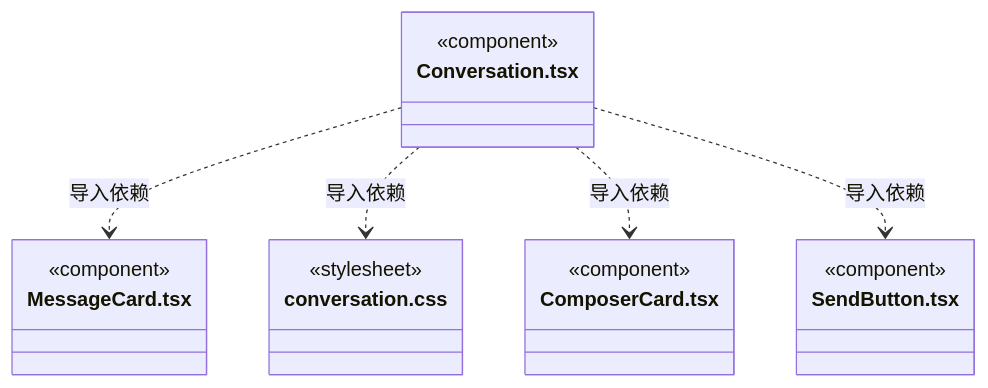
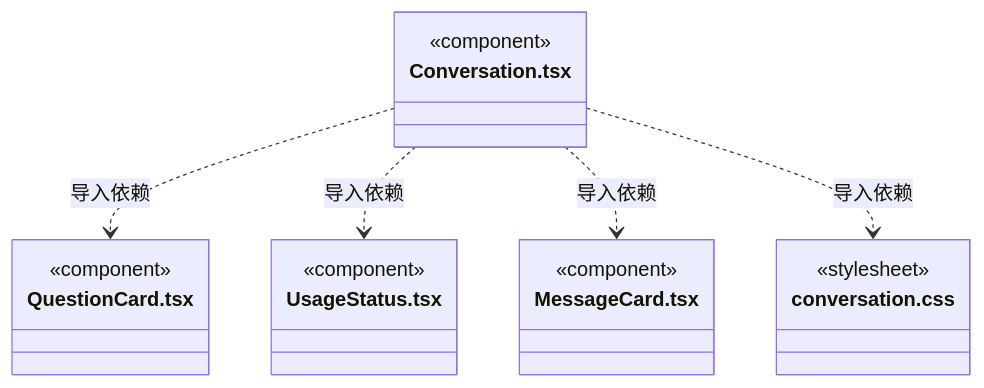
Before and after one commit to nan023062/cbim: diagram 41 of 47 in src/frontend/conversation/ARCHITECTURE.md, drawn with Mermaid. The commit also changed other lines of this file and 68 other files, not shown here.

````diff
--- a/src/frontend/conversation/ARCHITECTURE.md
+++ b/src/frontend/conversation/ARCHITECTURE.md
@@ -530,22 +622,22 @@
 ```mermaid
 classDiagram
 class N_src_frontend_conversation_Conversation_tsx["Conversation.tsx"] {
+  <<component>>
+}
+class N_src_frontend_conversation_QuestionCard_tsx["QuestionCard.tsx"] {
+  <<component>>
+}
+class N_src_frontend_conversation_UsageStatus_tsx["UsageStatus.tsx"] {
   <<component>>
 }
 class N_src_frontend_conversation_MessageCard_tsx["MessageCard.tsx"] {
   <<component>>
 }
 class N_src_frontend_conversation_conversation_css["conversation.css"] {
   <<stylesheet>>
 }
-class N_src_frontend_conversation_ComposerCard_tsx["ComposerCard.tsx"] {
-  <<component>>
-}
-class N_src_frontend_conversation_SendButton_tsx["SendButton.tsx"] {
-  <<component>>
-}
+N_src_frontend_conversation_Conversation_tsx ..> N_src_frontend_conversation_QuestionCard_tsx : 导入依赖
+N_src_frontend_conversation_Conversation_tsx ..> N_src_frontend_conversation_UsageStatus_tsx : 导入依赖
 N_src_frontend_conversation_Conversation_tsx ..> N_src_frontend_conversation_MessageCard_tsx : 导入依赖
 N_src_frontend_conversation_Conversation_tsx ..> N_src_frontend_conversation_conversation_css : 导入依赖
-N_src_frontend_conversation_Conversation_tsx ..> N_src_frontend_conversation_ComposerCard_tsx : 导入依赖
-N_src_frontend_conversation_Conversation_tsx ..> N_src_frontend_conversation_SendButton_tsx : 导入依赖
 ```
````
